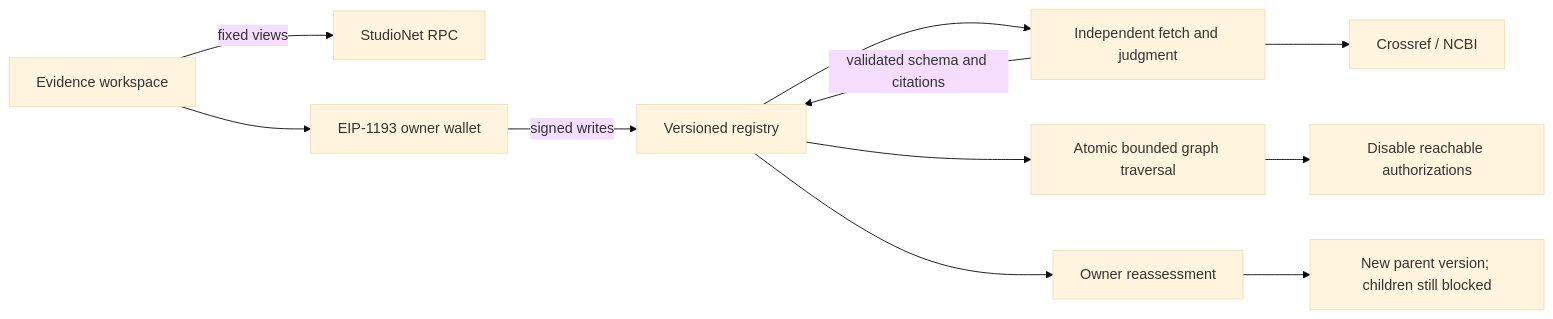
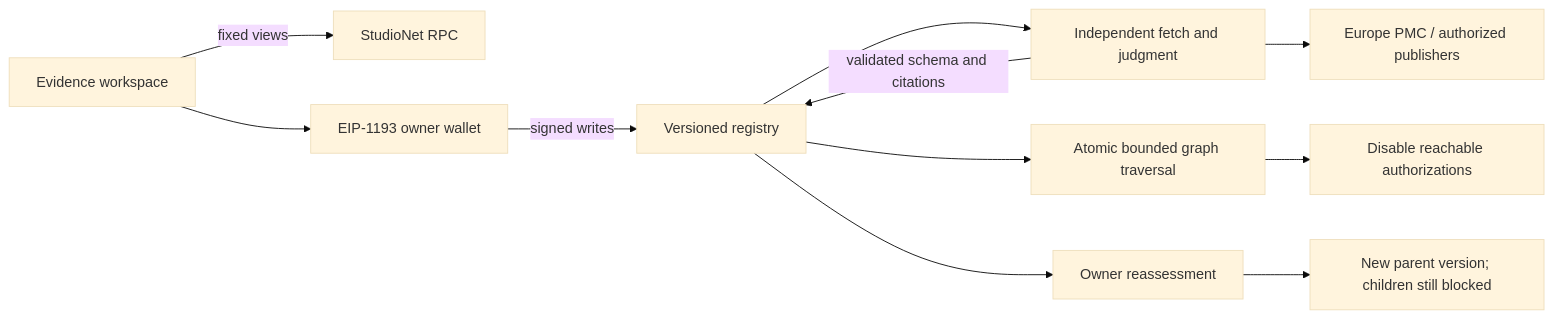
The diagram in README.md (JWattjr/Recall), drawn with Mermaid (base theme) before and after one commit. The commit also changed other lines of this file and 84 other files, not shown here.

Commit message:
Harden Recall notices and prove Europe PMC release on StudioNet

````diff
--- a/README.md
+++ b/README.md
@@ -65,13 +65,13 @@
 ```mermaid
 flowchart LR
   UI[Evidence workspace] -->|fixed views| RPC[StudioNet RPC]
   UI --> Wallet[EIP-1193 owner wallet]
   Wallet -->|signed writes| Registry[Versioned registry]
   Registry --> Validators[Independent fetch and judgment]
-  Validators --> Publications[Crossref / NCBI]
+  Validators --> Publications[Europe PMC / authorized publishers]
   Validators -->|validated schema and citations| Registry
   Registry --> Walk[Atomic bounded graph traversal]
   Walk --> Block[Disable reachable authorizations]
   Registry --> Recovery[Owner reassessment]
   Recovery --> Version[New parent version; children still blocked]
 ```
````
